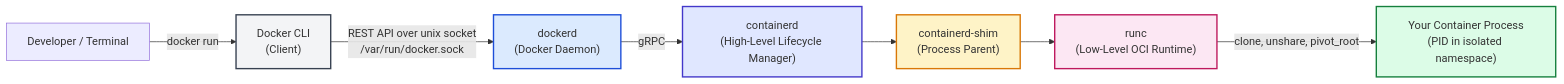
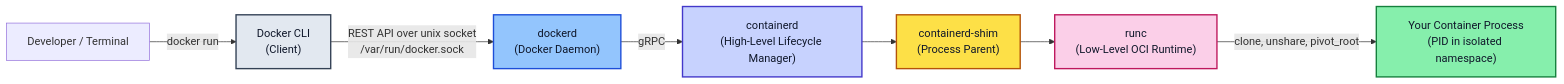
The seventh of 7 diagrams in 01-Docker/01-Core-Concepts-and-Architecture.md (PandeyKishan/Study-Notes), drawn with Mermaid before and after one commit. The commit also changed other lines of this file and 22 other files, not shown here.

Commit message:
docs: enhance diagram visibility with high-contrast palette and add concise book definitions

````diff
--- a/01-Docker/01-Core-Concepts-and-Architecture.md
+++ b/01-Docker/01-Core-Concepts-and-Architecture.md
@@ -315,16 +331,16 @@
 ```mermaid
 flowchart LR
     User["Developer / Terminal"] -->|docker run| CLI["Docker CLI\n(Client)"]
     CLI -->|REST API over unix socket\n/var/run/docker.sock| Daemon["dockerd\n(Docker Daemon)"]
     Daemon -->|gRPC| Cntd["containerd\n(High-Level Lifecycle Manager)"]
     Cntd --> Shim["containerd-shim\n(Process Parent)"]
     Shim --> Runc["runc\n(Low-Level OCI Runtime)"]
     Runc -->|clone, unshare, pivot_root| AppProc["Your Container Process\n(PID in isolated namespace)"]
 
-    style CLI fill:#f3f4f6,stroke:#374151,stroke-width:2px
-    style Daemon fill:#dbeafe,stroke:#1d4ed8,stroke-width:2px
-    style Cntd fill:#e0e7ff,stroke:#4338ca,stroke-width:2px
-    style Shim fill:#fef3c7,stroke:#d97706,stroke-width:2px
-    style Runc fill:#fce7f3,stroke:#be185d,stroke-width:2px
-    style AppProc fill:#dcfce7,stroke:#15803d,stroke-width:2px
+    style CLI fill:#e2e8f0,stroke:#334155,stroke-width:2px,color:#0f172a
+    style Daemon fill:#93c5fd,stroke:#1d4ed8,stroke-width:2px,color:#0f172a
+    style Cntd fill:#c7d2fe,stroke:#4338ca,stroke-width:2px,color:#0f172a
+    style Shim fill:#fde047,stroke:#b45309,stroke-width:2px,color:#0f172a
+    style Runc fill:#fbcfe8,stroke:#be185d,stroke-width:2px,color:#0f172a
+    style AppProc fill:#86efac,stroke:#15803d,stroke-width:2px,color:#0f172a
 ```
````
